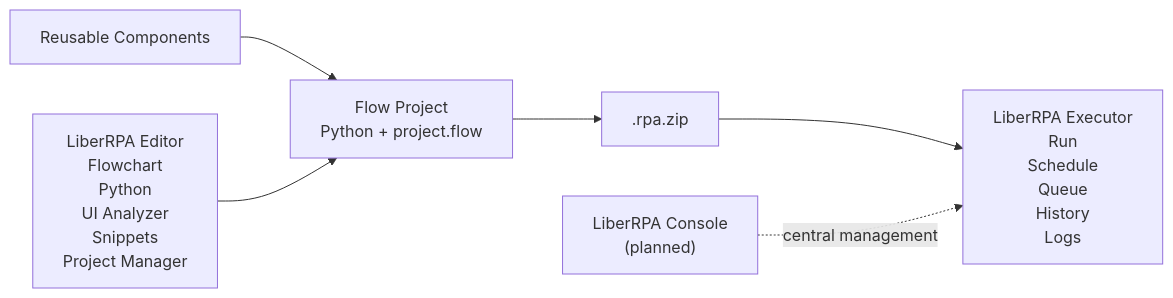
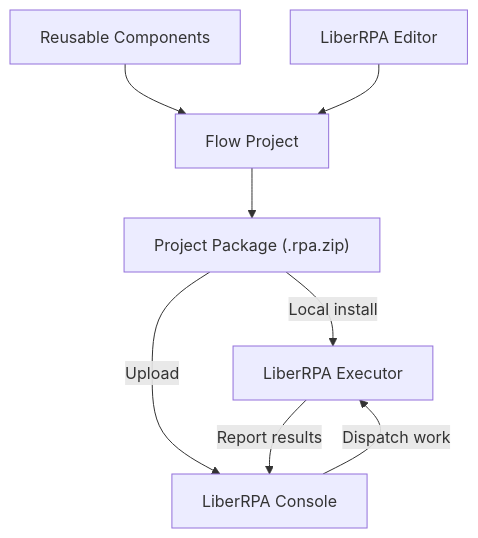
One commit to HUHARED/LiberRPA changed the first of 4 diagrams in docs/Architecture.md. Above: the diagram before and after it, drawn with Mermaid. The commit also changed other lines of this file and 119 other files, not shown here.

````diff
--- a/docs/Architecture.md
+++ b/docs/Architecture.md
@@ -34,15 +34,17 @@
 ```mermaid
-flowchart LR
-    A["LiberRPA Editor<br/>Flowchart<br/>Python<br/>UI Analyzer<br/>Snippets<br/>Project Manager"]
-    B["Flow Project<br/>Python + project.flow"]
+flowchart TD
+    A["LiberRPA Editor"]
+    B["Flow Project"]
     C["Reusable Components"]
-    D[".rpa.zip"]
-    E["LiberRPA Executor<br/>Run<br/>Schedule<br/>Queue<br/>History<br/>Logs"]
-    F["LiberRPA Console<br/>(planned)"]
+    D["Project Package (.rpa.zip)"]
+    E["LiberRPA Executor"]
+    F["LiberRPA Console"]
 
     C --> B
     A --> B
     B --> D
-    D --> E
-    F -. central management .-> E
+    D -->|Local install| E
+    D -->|Upload| F
+    F -->|Dispatch work| E
+    E -->|Report results| F
 ```
````
